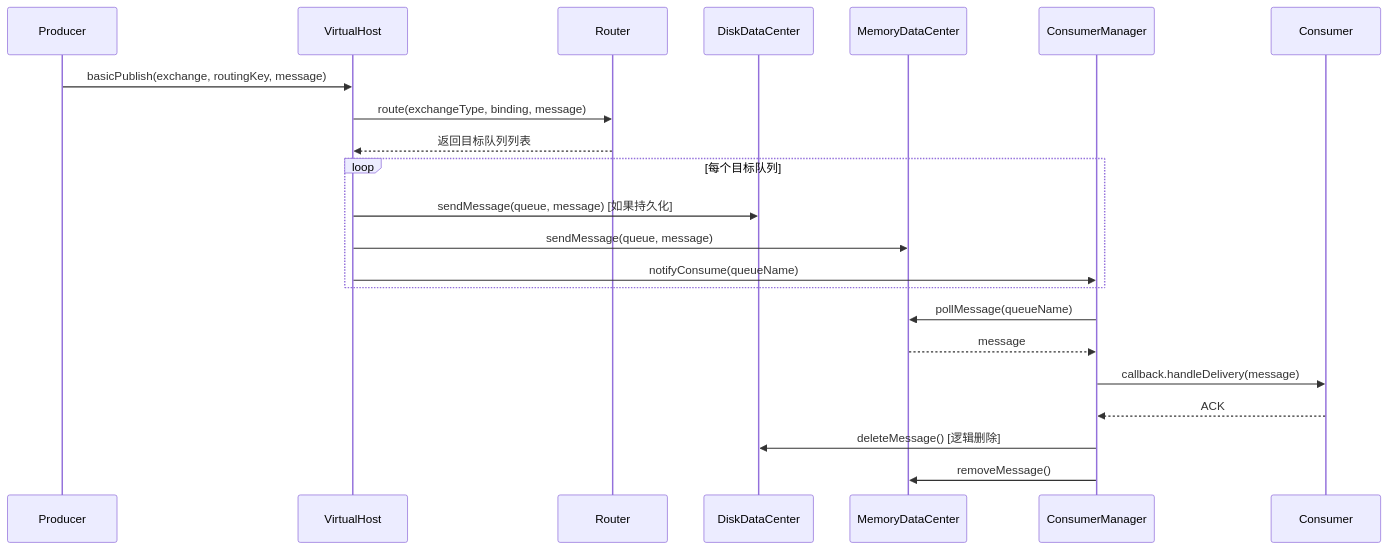
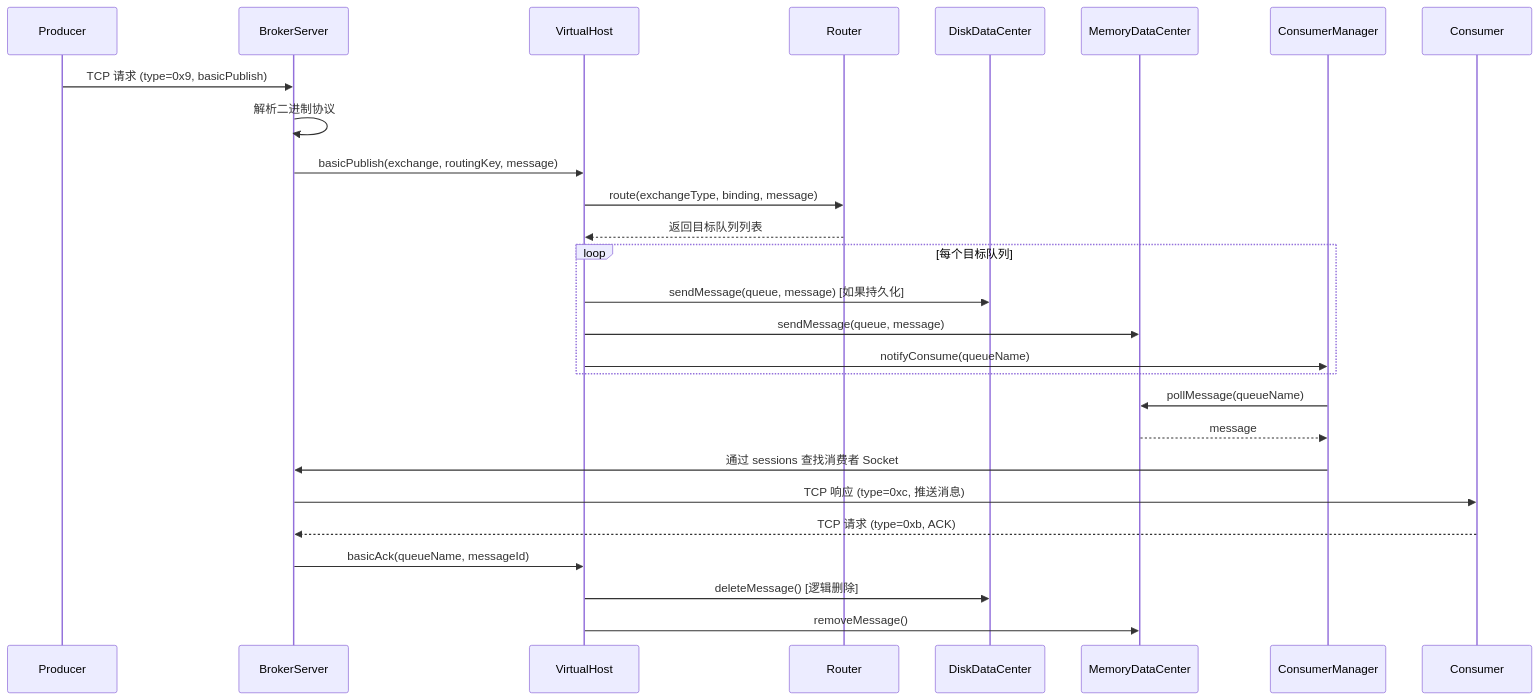
One commit to adamllll/mq changed the second of 5 diagrams in docs/RESTART_GUIDE.md. Above: the diagram before and after it, drawn with Mermaid. The commit also changed other lines of this file and 4 other files, not shown here.

````diff
--- a/docs/RESTART_GUIDE.md
+++ b/docs/RESTART_GUIDE.md
@@ -165,27 +180,32 @@
 ```mermaid
 sequenceDiagram
     participant P as Producer
+    participant BS as BrokerServer
     participant VH as VirtualHost
     participant R as Router
     participant DDC as DiskDataCenter
     participant MDC as MemoryDataCenter
     participant CM as ConsumerManager
     participant C as Consumer
 
-    P->>VH: basicPublish(exchange, routingKey, message)
+    P->>BS: TCP 请求 (type=0x9, basicPublish)
+    BS->>BS: 解析二进制协议
+    BS->>VH: basicPublish(exchange, routingKey, message)
     VH->>R: route(exchangeType, binding, message)
     R-->>VH: 返回目标队列列表
 
     loop 每个目标队列
         VH->>DDC: sendMessage(queue, message) [如果持久化]
         VH->>MDC: sendMessage(queue, message)
         VH->>CM: notifyConsume(queueName)
     end
 
     CM->>MDC: pollMessage(queueName)
     MDC-->>CM: message
-    CM->>C: callback.handleDelivery(message)
-    C-->>CM: ACK
-    CM->>DDC: deleteMessage() [逻辑删除]
-    CM->>MDC: removeMessage()
+    CM->>BS: 通过 sessions 查找消费者 Socket
+    BS->>C: TCP 响应 (type=0xc, 推送消息)
+    C-->>BS: TCP 请求 (type=0xb, ACK)
+    BS->>VH: basicAck(queueName, messageId)
+    VH->>DDC: deleteMessage() [逻辑删除]
+    VH->>MDC: removeMessage()
 ```
````
